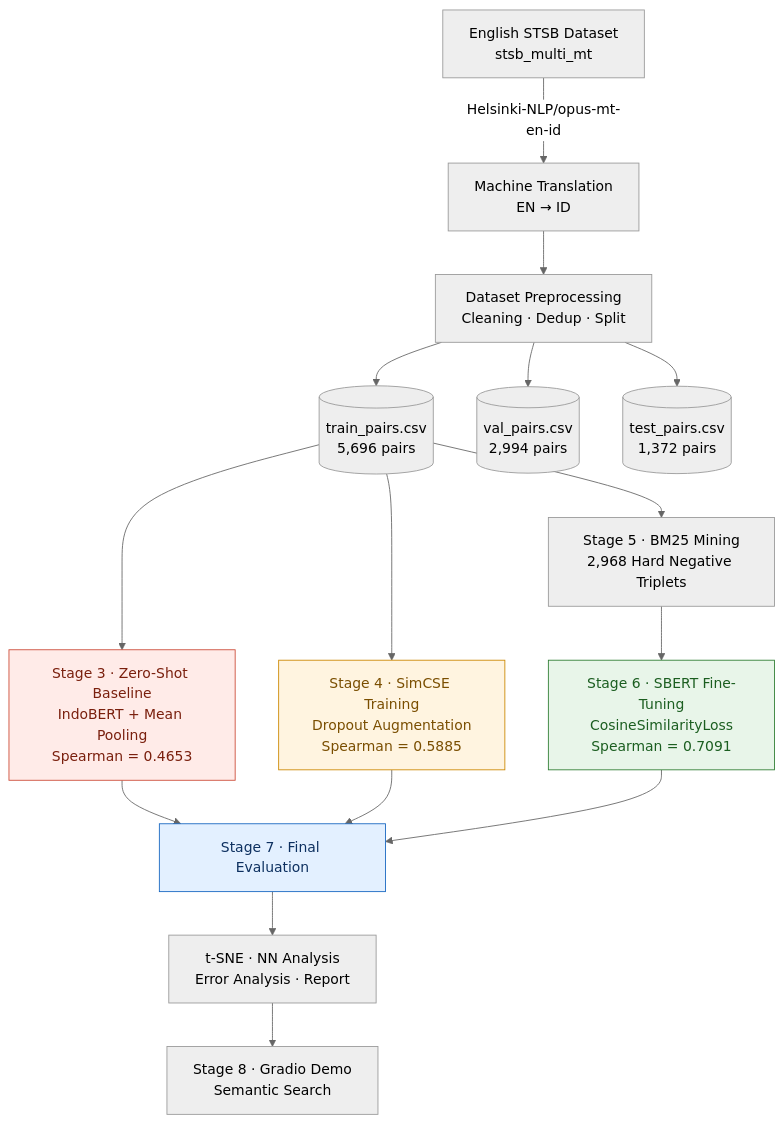
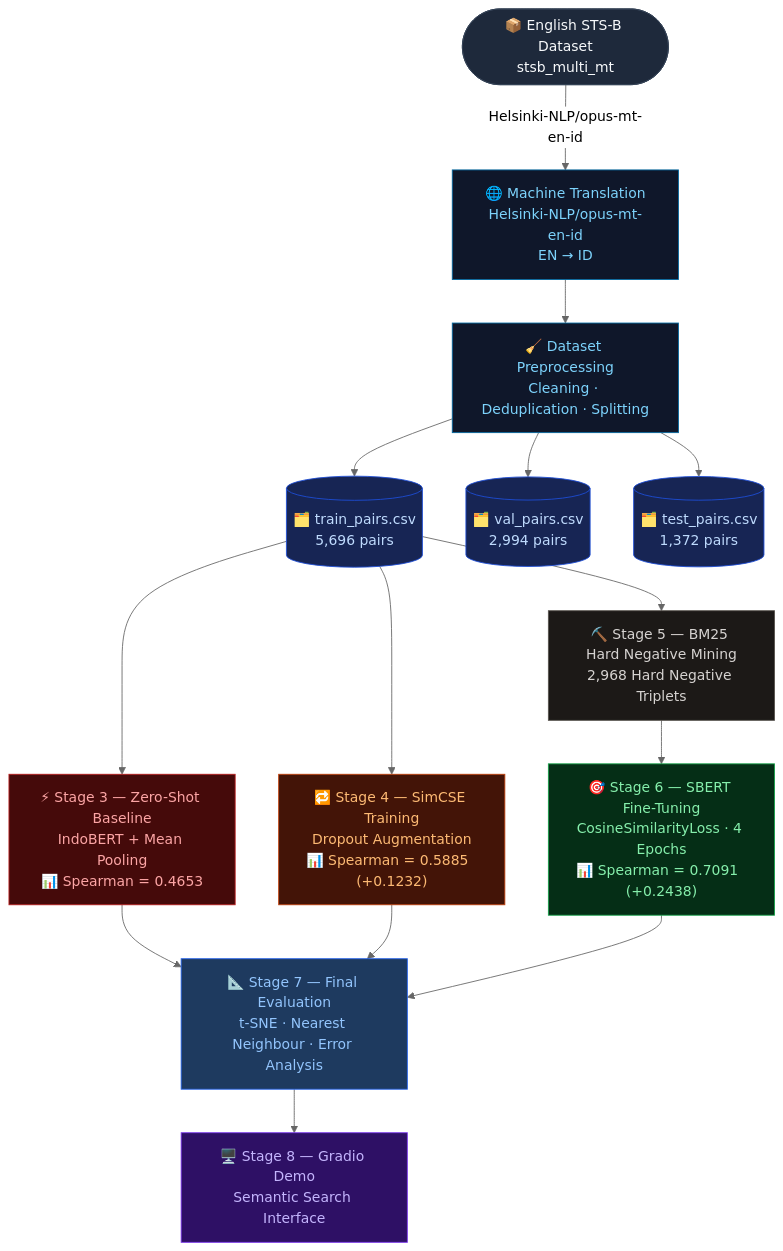
One commit to f4tahitsYours/indonesian-sts-embeddings changed the first of 6 diagrams in README.md. Above: the diagram before and after it, drawn with Mermaid (neutral theme). The commit also changed other lines of this file, not shown here.

````diff
--- a/README.md
+++ b/README.md
@@ -124,29 +125,45 @@
 ```mermaid
 flowchart TD
-    A["English STSB Dataset\nstsb_multi_mt"]
-    -->|Helsinki-NLP/opus-mt-en-id| B["Machine Translation\nEN → ID"]
+    A([📦 English STS-B Dataset\nstsb_multi_mt])
+    B[🌐 Machine Translation\nHelsinki-NLP/opus-mt-en-id\nEN → ID]
+    C[🧹 Dataset Preprocessing\nCleaning · Deduplication · Splitting]
 
-    B --> C["Dataset Preprocessing\nCleaning · Dedup · Split"]
+    D[(🗂️ train_pairs.csv\n5,696 pairs)]
+    E[(🗂️ val_pairs.csv\n2,994 pairs)]
+    F[(🗂️ test_pairs.csv\n1,372 pairs)]
 
-    C --> D[("train_pairs.csv\n5,696 pairs")]
-    C --> E[("val_pairs.csv\n2,994 pairs")]
-    C --> F[("test_pairs.csv\n1,372 pairs")]
+    G["⚡ Stage 3 — Zero-Shot Baseline\nIndoBERT + Mean Pooling\n📊 Spearman = 0.4653"]
+    H["🔁 Stage 4 — SimCSE Training\nDropout Augmentation\n📊 Spearman = 0.5885  (+0.1232)"]
+    I["⛏️ Stage 5 — BM25 Hard Negative Mining\n2,968 Hard Negative Triplets"]
+    J["🎯 Stage 6 — SBERT Fine-Tuning\nCosineSimilarityLoss · 4 Epochs\n📊 Spearman = 0.7091  (+0.2438)"]
 
-    D --> G["Stage 3 · Zero-Shot Baseline\nIndoBERT + Mean Pooling\nSpearman = 0.4653"]
-    D --> H["Stage 4 · SimCSE Training\nDropout Augmentation\nSpearman = 0.5885"]
-    D --> I["Stage 5 · BM25 Mining\n2,968 Hard Negative Triplets"]
+    K["📐 Stage 7 — Final Evaluation\nt-SNE · Nearest Neighbour · Error Analysis"]
+    L["🖥️ Stage 8 — Gradio Demo\nSemantic Search Interface"]
 
-    I --> J["Stage 6 · SBERT Fine-Tuning\nCosineSimilarityLoss\nSpearman = 0.7091"]
+    A -->|Helsinki-NLP/opus-mt-en-id| B
+    B --> C
+    C --> D & E & F
 
-    G --> K["Stage 7 · Final Evaluation"]
+    D --> G
+    D --> H
+    D --> I
+    I --> J
+
+    G --> K
     H --> K
     J --> K
+    K --> L
 
-    K --> L["t-SNE · NN Analysis\nError Analysis · Report"]
-    L --> M["Stage 8 · Gradio Demo\nSemantic Search"]
-
-    style G fill:#FFEBE8,stroke:#CC4B37,color:#7A1F0D
-    style H fill:#FFF4E0,stroke:#CC8800,color:#7A4E00
-    style J fill:#E8F5E9,stroke:#2E7D32,color:#1B5E20
-    style K fill:#E3F0FF,stroke:#1565C0,color:#0D3060
+    style A fill:#1e293b,color:#f8fafc,stroke:#334155
+    style B fill:#0f172a,color:#7dd3fc,stroke:#0369a1
+    style C fill:#0f172a,color:#7dd3fc,stroke:#0369a1
+    style D fill:#172554,color:#bfdbfe,stroke:#1d4ed8
+    style E fill:#172554,color:#bfdbfe,stroke:#1d4ed8
+    style F fill:#172554,color:#bfdbfe,stroke:#1d4ed8
+    style G fill:#450a0a,color:#fca5a5,stroke:#b91c1c
+    style H fill:#431407,color:#fdba74,stroke:#c2410c
+    style I fill:#1c1917,color:#d6d3d1,stroke:#57534e
+    style J fill:#052e16,color:#86efac,stroke:#16a34a
+    style K fill:#1e3a5f,color:#93c5fd,stroke:#2563eb
+    style L fill:#2e1065,color:#c4b5fd,stroke:#7c3aed
 ```
````
